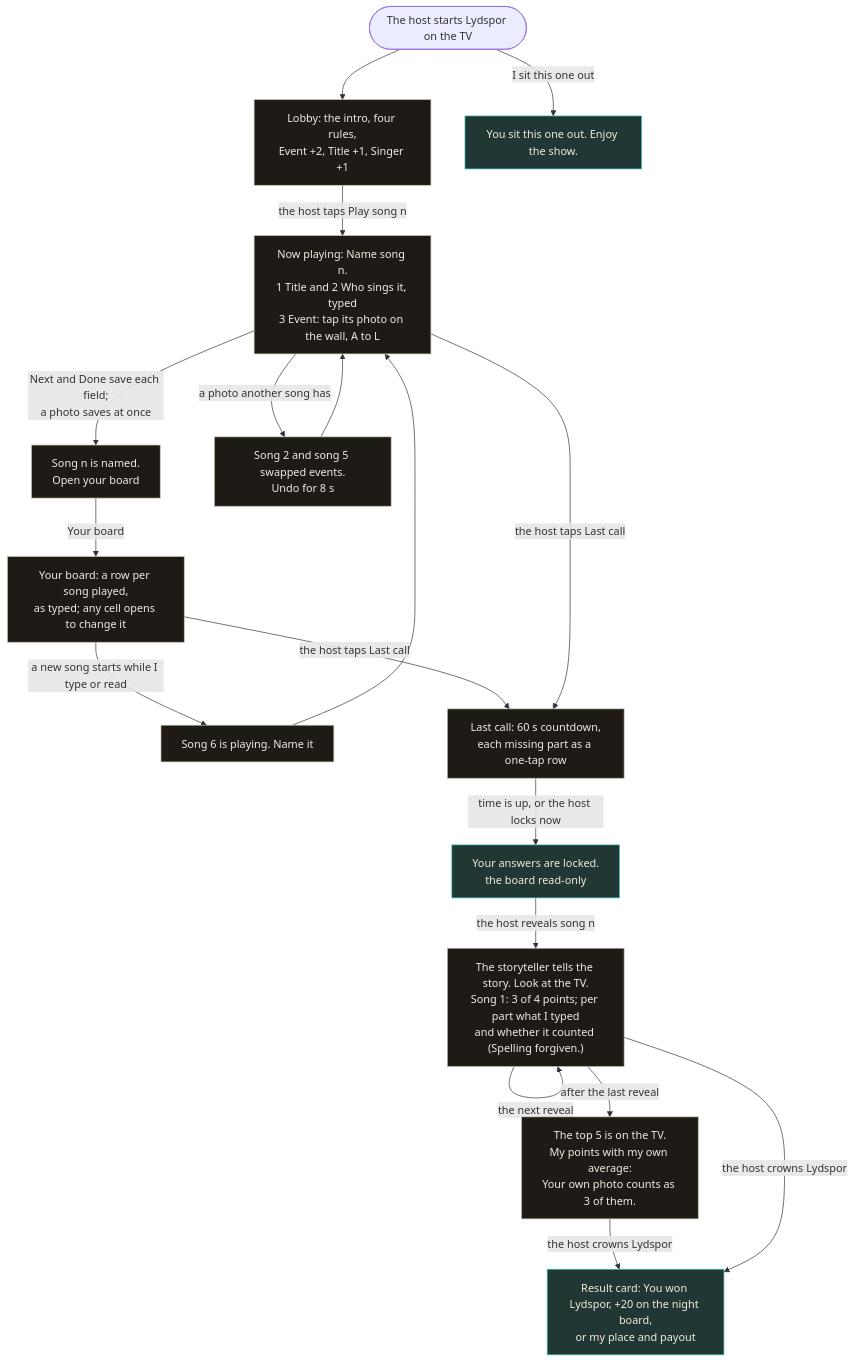
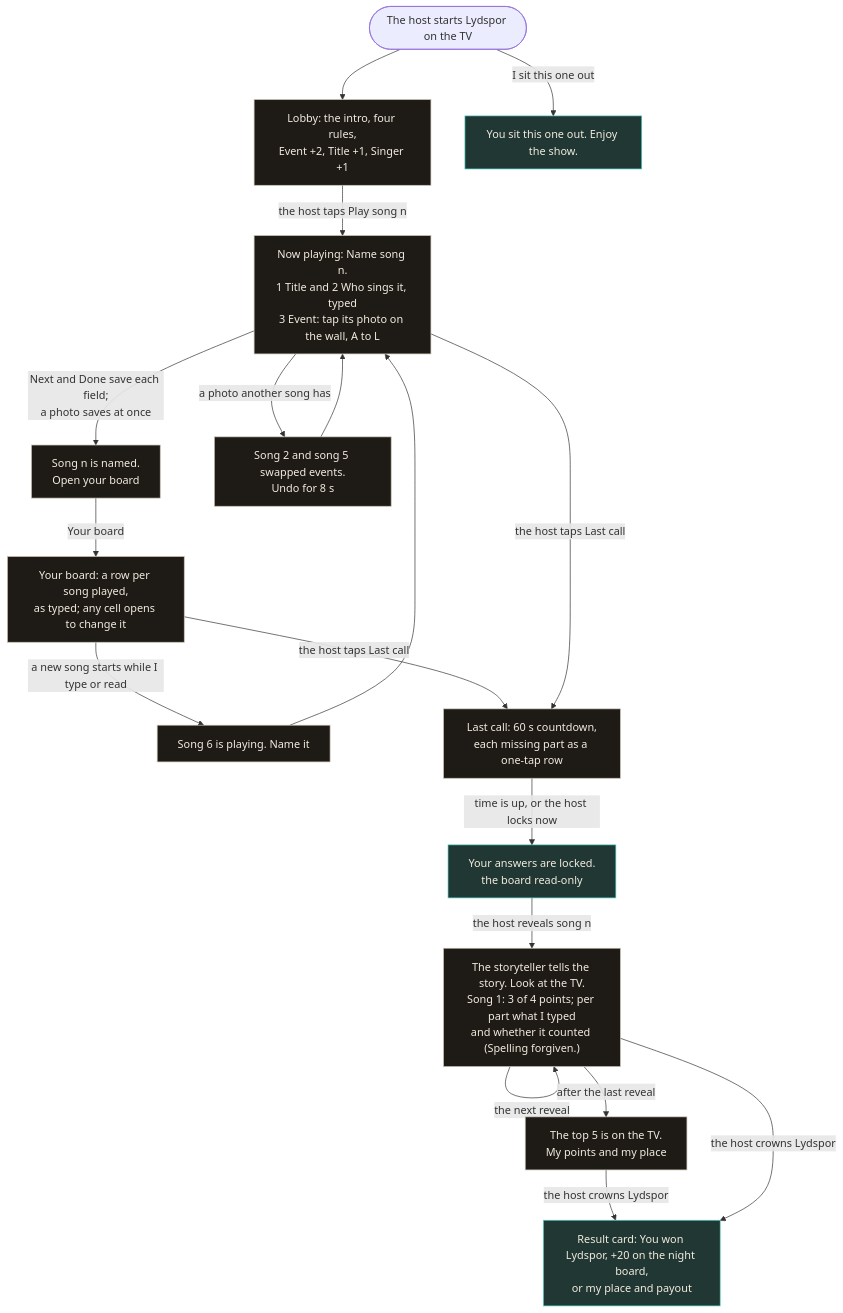
The sixth of 16 diagrams in docs/user-flows.md (NicolaiLassen/hurra), drawn with Mermaid before and after one commit. The commit also changed other lines of this file and 10 other files, not shown here.

````diff
--- a/docs/user-flows.md
+++ b/docs/user-flows.md
@@ -207,25 +207,25 @@
 ```mermaid
 flowchart TD
   classDef screen fill:#1e1a16,stroke:#c9bfae,color:#f2ebde
   classDef gate fill:#14110e,stroke:#f5c542,color:#f2ebde
   classDef closed fill:#203733,stroke:#4fd1c5,color:#f2ebde
 
   START(["The host starts Lydspor on the TV"]) --> LOB["Lobby: the intro, four rules,<br/>Event +2, Title +1, Singer +1"]:::screen
   LOB -- "the host taps Play song n" --> NOW["Now playing: Name song n.<br/>1 Title and 2 Who sings it, typed<br/>3 Event: tap its photo on the wall, A to L"]:::screen
   NOW -- "Next and Done save each field;<br/>a photo saves at once" --> NAMED["Song n is named.<br/>Open your board"]:::screen
   NOW -- "a photo another song has" --> SWAP["Song 2 and song 5 swapped events.<br/>Undo for 8 s"]:::screen
   SWAP --> NOW
   NAMED -- "Your board" --> BOARD["Your board: a row per song played,<br/>as typed; any cell opens to change it"]:::screen
   BOARD -- "a new song starts while I type or read" --> BANNER["Song 6 is playing. Name it"]:::screen
   BANNER --> NOW
   BOARD -- "the host taps Last call" --> LAST["Last call: 60 s countdown,<br/>each missing part as a one-tap row"]:::screen
   NOW -- "the host taps Last call" --> LAST
   LAST -- "time is up, or the host locks now" --> LOCKED["Your answers are locked.<br/>the board read-only"]:::closed
   LOCKED -- "the host reveals song n" --> REV["The storyteller tells the story. Look at the TV.<br/>Song 1: 3 of 4 points; per part what I typed<br/>and whether it counted (Spelling forgiven.)"]:::screen
   REV -- "the host accepts my close answer" --> REV
   REV -- "the next reveal" --> REV
-  REV -- "after the last reveal" --> TOP["The top 5 is on the TV.<br/>My points with my own average:<br/>Your own photo counts as 3 of them."]:::screen
+  REV -- "after the last reveal" --> TOP["The top 5 is on the TV.<br/>My points and my place"]:::screen
   TOP -- "the host crowns Lydspor" --> RES
   REV -- "the host crowns Lydspor" --> RES["Result card: You won Lydspor, +20 on the night board,<br/>or my place and payout"]:::closed
   START -- "I sit this one out" --> SIT["You sit this one out. Enjoy the show."]:::closed
 ```
````
